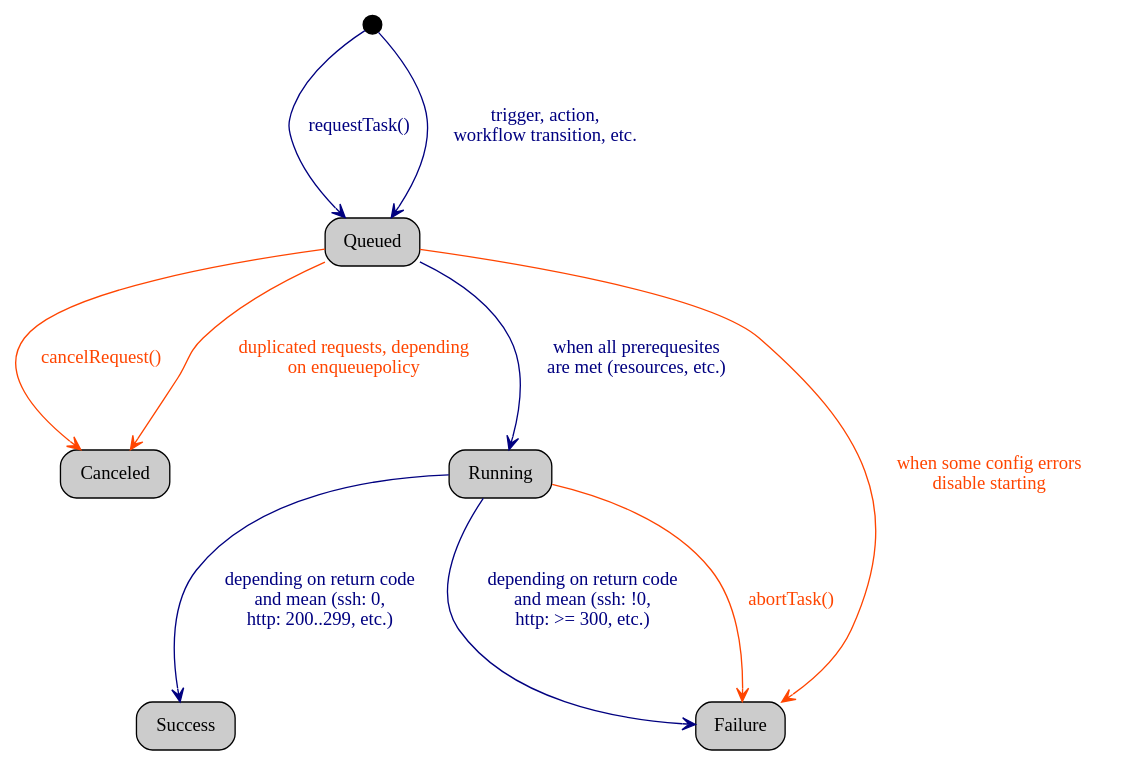
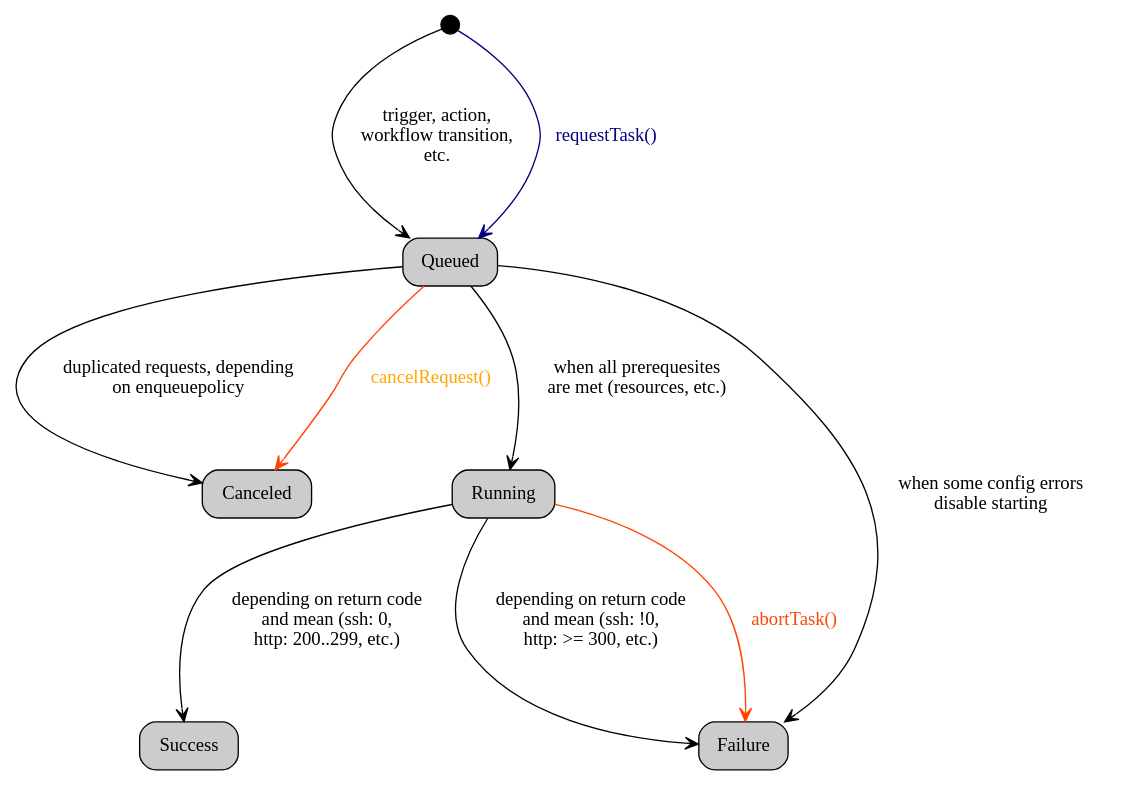
The diagram in doc/taskinstances_statuses.dot (g76r/libqron), drawn with Graphviz before and after one commit.

Commit message:
doc: clarified again taskinstances statuses diagram

```diff
--- a/doc/taskinstances_statuses.dot
+++ b/doc/taskinstances_statuses.dot
@@ -1,21 +1,24 @@
 graph g {
   newrank=true;
   graph [compound=true,style=rounded,ranksep=1.5]
   edge [arrowhead=vee,dir=forward]
   node [shape=box,style="rounded,filled",fillcolor=grey80]
 
   start [shape=circle,style=filled,width=.2,label="",fillcolor=black]
 
-  edge [color=orangered,fontcolor=orangered]
-  Queued -- Canceled [label="cancelRequest()"]
+  start -- Queued [label="trigger, action,\nworkflow transition,\netc."]
   Queued -- Canceled [label="duplicated requests, depending\non enqueuepolicy"]
-  Running -- Failure [label="abortTask()"]
+  Queued -- Running [label="when all prerequesites\nare met (resources, etc.)"]
+  Running -- Success [label="depending on return code\nand mean (ssh: 0,\nhttp: 200..299, etc.)"]
+  Running -- Failure [label="depending on return code\nand mean (ssh: !0,\nhttp: >= 300, etc.)"]
   Queued -- Failure [label="when some config errors\ndisable starting"]
 
   edge [color=navy,fontcolor=navy]
   start -- Queued [label="requestTask()"]
-  start -- Queued [label="trigger, action,\nworkflow transition, etc."]
-  Queued -- Running [label="when all prerequesites\nare met (resources, etc.)"]
-  Running -- Success [label="depending on return code\nand mean (ssh: 0,\nhttp: 200..299, etc.)"]
-  Running -- Failure [label="depending on return code\nand mean (ssh: !0,\nhttp: >= 300, etc.)"]
+
+  edge [color=orangered,fontcolor=orange]
+  Queued -- Canceled [label="cancelRequest()"]
+
+  edge [color=orangered,fontcolor=orangered]
+  Running -- Failure [label="abortTask()"]
 }
```
